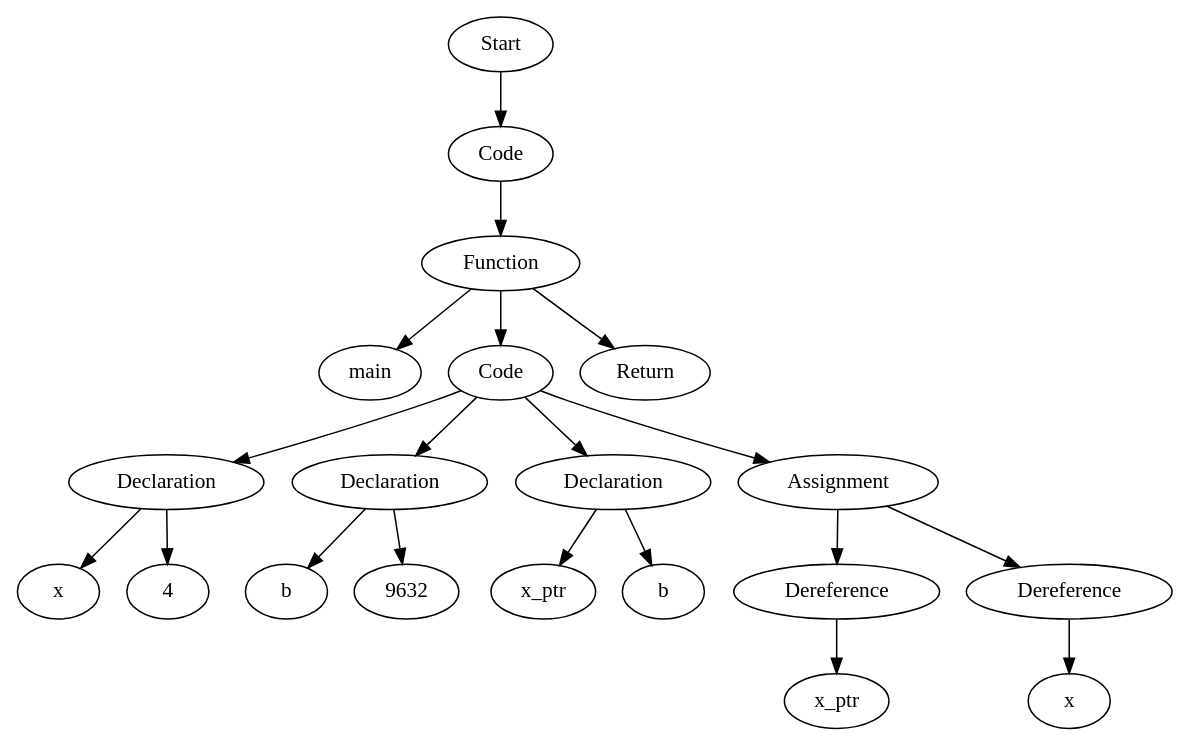
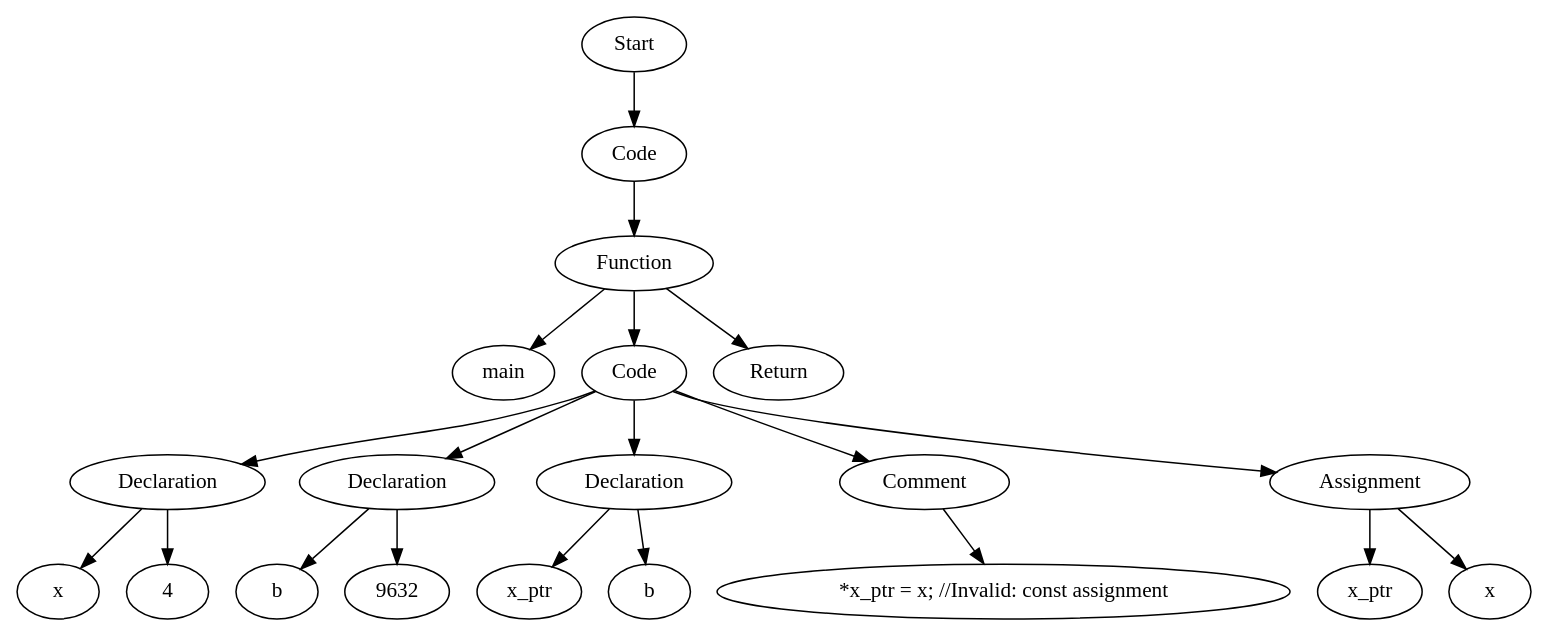
One commit to Are-you-listening/Compilers changed the diagram in src/TestFiles/ASTTests/SemanticErrorsTests/CreateTests/read_file_after.dot. Above: the diagram before and after it, drawn with Graphviz. The commit also changed 11 other files, not shown here.

```diff
--- a/src/TestFiles/ASTTests/SemanticErrorsTests/CreateTests/read_file_after.dot
+++ b/src/TestFiles/ASTTests/SemanticErrorsTests/CreateTests/read_file_after.dot
@@ -1,41 +1,41 @@
 digraph AST {
-  "133279316232704" [label="Start"];
-  "133279316232704" -> "133279316230448";
-  "133279316230448" [label="Code"];
-  "133279316230448" -> "133279316245184";
-  "133279316245184" [label="Function"];
-  "133279316245184" -> "133279316245328";
-  "133279316245184" -> "133279316245376";
-  "133279316245184" -> "133279316245472";
-  "133279316245328" [label="main"];
-  "133279316245376" [label="Code"];
-  "133279316245376" -> "133279316245520";
-  "133279316245376" -> "133279316245616";
-  "133279316245376" -> "133279316245808";
-  "133279316245376" -> "133279316246000";
-  "133279316245520" [label="Declaration"];
-  "133279316245520" -> "133279316245664";
-  "133279316245520" -> "133279316245712";
-  "133279316245664" [label="x"];
-  "133279316245712" [label="4"];
-  "133279316245616" [label="Declaration"];
-  "133279316245616" -> "133279316245856";
-  "133279316245616" -> "133279316245904";
-  "133279316245856" [label="b"];
-  "133279316245904" [label="9632"];
-  "133279316245808" [label="Declaration"];
-  "133279316245808" -> "133279316246048";
-  "133279316245808" -> "133279316246096";
-  "133279316246048" [label="x_ptr"];
-  "133279316246096" [label="b"];
-  "133279316246000" [label="Assignment"];
-  "133279316246000" -> "133279316246240";
-  "133279316246000" -> "133279316246336";
-  "133279316246240" [label="Dereference"];
-  "133279316246240" -> "133279316246384";
-  "133279316246384" [label="x_ptr"];
-  "133279316246336" [label="Dereference"];
-  "133279316246336" -> "133279316426816";
-  "133279316426816" [label="x"];
-  "133279316245472" [label="Return"];
+  "132792132971840" [label="Start"];
+  "132792132971840" -> "132792133158800";
+  "132792133158800" [label="Code"];
+  "132792133158800" -> "132792133158944";
+  "132792133158944" [label="Function"];
+  "132792133158944" -> "132792133159088";
+  "132792133158944" -> "132792133159136";
+  "132792133158944" -> "132792133159232";
+  "132792133159088" [label="main"];
+  "132792133159136" [label="Code"];
+  "132792133159136" -> "132792133159280";
+  "132792133159136" -> "132792133159376";
+  "132792133159136" -> "132792133159568";
+  "132792133159136" -> "132792133159760";
+  "132792133159136" -> "132792133159952";
+  "132792133159280" [label="Declaration"];
+  "132792133159280" -> "132792133159424";
+  "132792133159280" -> "132792133159472";
+  "132792133159424" [label="x"];
+  "132792133159472" [label="4"];
+  "132792133159376" [label="Declaration"];
+  "132792133159376" -> "132792133159616";
+  "132792133159376" -> "132792133159664";
+  "132792133159616" [label="b"];
+  "132792133159664" [label="9632"];
+  "132792133159568" [label="Declaration"];
+  "132792133159568" -> "132792133159808";
+  "132792133159568" -> "132792133159856";
+  "132792133159808" [label="x_ptr"];
+  "132792133159856" [label="b"];
+  "132792133159760" [label="Comment"];
+  "132792133159760" -> "132792133160000";
+  "132792133160000" [label="*x_ptr = x; //Invalid: const assignment"];
+  "132792133159952" [label="Assignment"];
+  "132792133159952" -> "132792133160144";
+  "132792133159952" -> "132792133160192";
+  "132792133160144" [label="x_ptr"];
+  "132792133160192" [label="x"];
+  "132792133159232" [label="Return"];
 }
```
